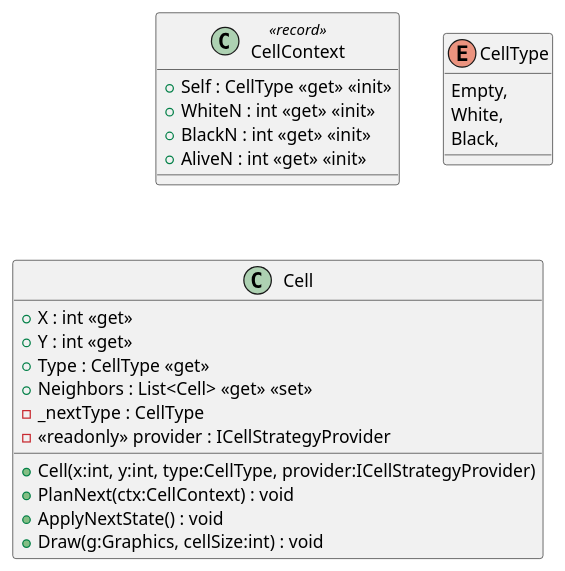
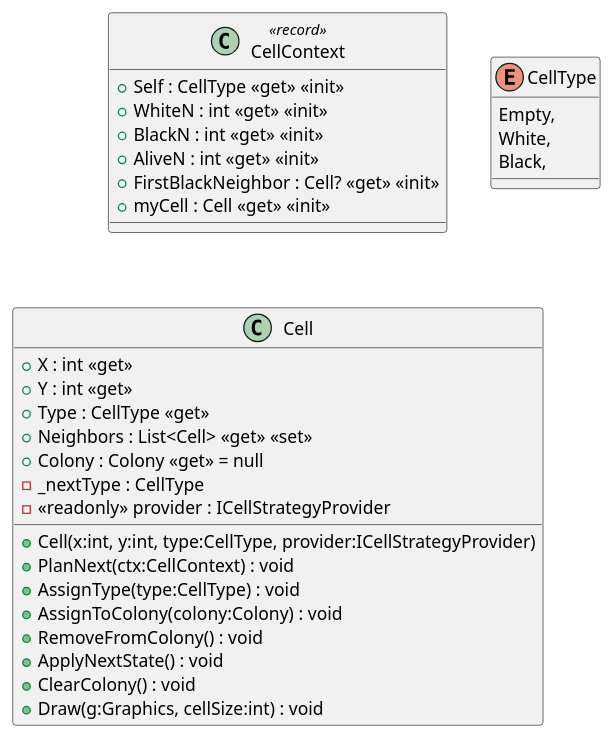
One commit to Margaritca2008/MyProjectOOP changed the diagram in WinFormsApp2/uml/allInOne.puml/Cell.puml. Above: the diagram before and after it, drawn with PlantUML. The commit also changed 11 other files, not shown here.

```diff
--- a/WinFormsApp2/uml/allInOne.puml/Cell.puml
+++ b/WinFormsApp2/uml/allInOne.puml/Cell.puml
@@ -1,25 +1,32 @@
 @startuml
 class CellContext <<record>> {
     + Self : CellType <<get>> <<init>>
     + WhiteN : int <<get>> <<init>>
     + BlackN : int <<get>> <<init>>
     + AliveN : int <<get>> <<init>>
+    + FirstBlackNeighbor : Cell? <<get>> <<init>>
+    + myCell : Cell <<get>> <<init>>
 }
 enum CellType {
     Empty,
     White,
     Black,
 }
 class Cell {
     + X : int <<get>>
     + Y : int <<get>>
     + Type : CellType <<get>>
     + Neighbors : List<Cell> <<get>> <<set>>
+    + Colony : Colony <<get>> = null
     - _nextType : CellType
     - <<readonly>> provider : ICellStrategyProvider
     + Cell(x:int, y:int, type:CellType, provider:ICellStrategyProvider)
     + PlanNext(ctx:CellContext) : void
+    + AssignType(type:CellType) : void
+    + AssignToColony(colony:Colony) : void
+    + RemoveFromColony() : void
     + ApplyNextState() : void
+    + ClearColony() : void
     + Draw(g:Graphics, cellSize:int) : void
 }
 @enduml
```
